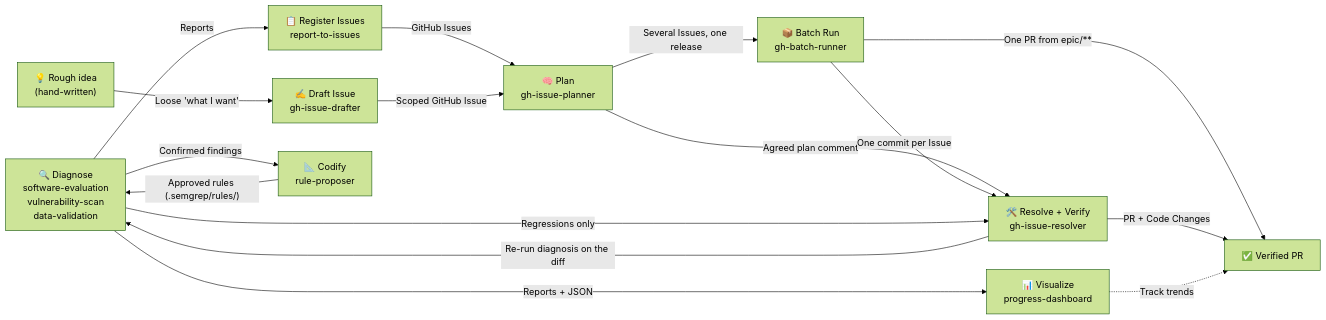
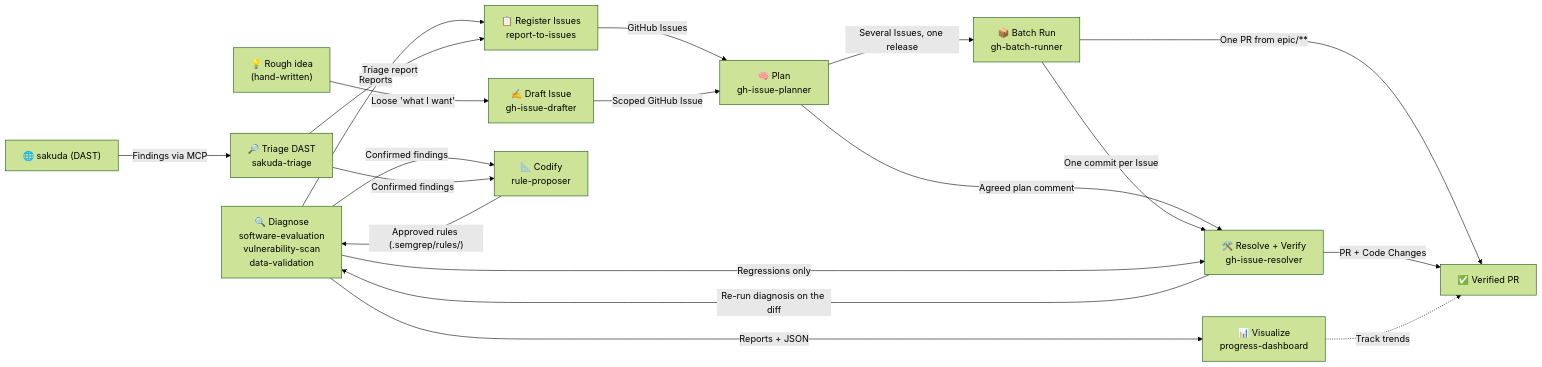
One commit to northraystudio/maruda changed the diagram in README.md. Above: the diagram before and after it, drawn with Mermaid (forest theme). The commit also changed other lines of this file and 6 other files, not shown here.

First line of the commit message:
feat(#29): add sakuda-triage to check DAST findings against the source

````diff
--- a/README.md
+++ b/README.md
@@ -93,27 +94,31 @@
 ```mermaid
 graph LR
     Diagnose["🔍 Diagnose<br/>software-evaluation<br/>vulnerability-scan<br/>data-validation"]
     Visualize["📊 Visualize<br/>progress-dashboard"]
     Register["📋 Register Issues<br/>report-to-issues"]
     Draft["✍️ Draft Issue<br/>gh-issue-drafter"]
     Plan["🧠 Plan<br/>gh-issue-planner"]
     Resolve["🛠️ Resolve + Verify<br/>gh-issue-resolver"]
     Batch["📦 Batch Run<br/>gh-batch-runner"]
     Rules["📐 Codify<br/>rule-proposer"]
+    Triage["🔎 Triage DAST<br/>sakuda-triage"]
 
     Idea["💡 Rough idea<br/>(hand-written)"] -- "Loose 'what I want'" --> Draft
     Diagnose -- "Reports + JSON" --> Visualize
     Diagnose -- "Reports" --> Register
     Diagnose -- "Confirmed findings" --> Rules
     Rules -- "Approved rules (.semgrep/rules/)" --> Diagnose
+    Sakuda["🌐 sakuda (DAST)"] -- "Findings via MCP" --> Triage
+    Triage -- "Triage report" --> Register
+    Triage -- "Confirmed findings" --> Rules
     Register -- "GitHub Issues" --> Plan
     Draft -- "Scoped GitHub Issue" --> Plan
     Plan -- "Agreed plan comment" --> Resolve
     Plan -- "Several Issues, one release" --> Batch
     Batch -- "One commit per Issue" --> Resolve
     Batch -- "One PR from epic/**" --> Done
     Resolve -- "Re-run diagnosis on the diff" --> Diagnose
     Diagnose -- "Regressions only" --> Resolve
     Resolve -- "PR + Code Changes" --> Done["✅ Verified PR"]
     Visualize -. "Track trends" .-> Done
 ```
````
